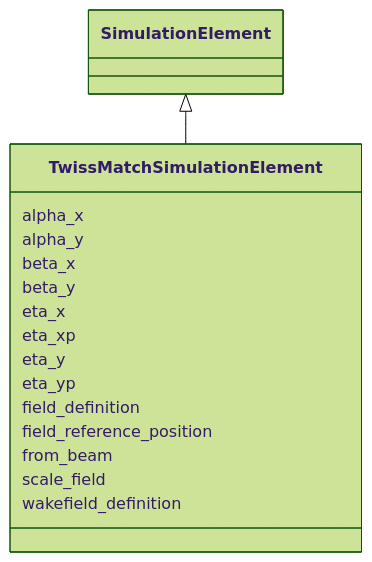
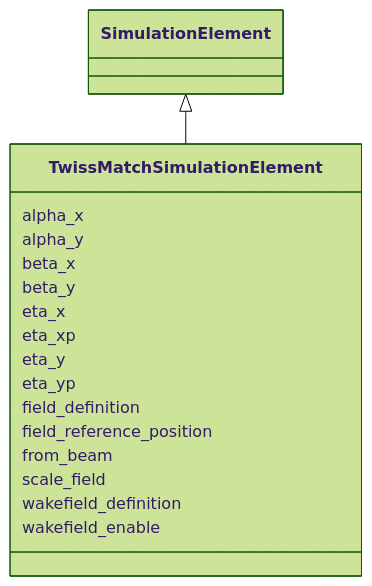
One commit to astec-stfc/laura changed the diagram in docs/source/schema/TwissMatchSimulationElement.md. Above: the diagram before and after it, drawn with Mermaid (forest theme). The commit also changed other lines of this file and 47 other files, not shown here.

First line of the commit message:
Make functional parameters a schema concept; complete PR #4 merge

````diff
--- a/docs/source/schema/TwissMatchSimulationElement.md
+++ b/docs/source/schema/TwissMatchSimulationElement.md
@@ -23,35 +23,37 @@
 ```mermaid
  classDiagram
     class TwissMatchSimulationElement
     click TwissMatchSimulationElement href "../TwissMatchSimulationElement/"
       SimulationElement <|-- TwissMatchSimulationElement
         click SimulationElement href "../SimulationElement/"
       
       TwissMatchSimulationElement : alpha_x
         
       TwissMatchSimulationElement : alpha_y
         
       TwissMatchSimulationElement : beta_x
         
       TwissMatchSimulationElement : beta_y
         
       TwissMatchSimulationElement : eta_x
         
       TwissMatchSimulationElement : eta_xp
         
       TwissMatchSimulationElement : eta_y
         
       TwissMatchSimulationElement : eta_yp
         
       TwissMatchSimulationElement : field_definition
         
       TwissMatchSimulationElement : field_reference_position
         
       TwissMatchSimulationElement : from_beam
         
       TwissMatchSimulationElement : scale_field
         
       TwissMatchSimulationElement : wakefield_definition
         
+      TwissMatchSimulationElement : wakefield_enable
+        
       
 ```
````
